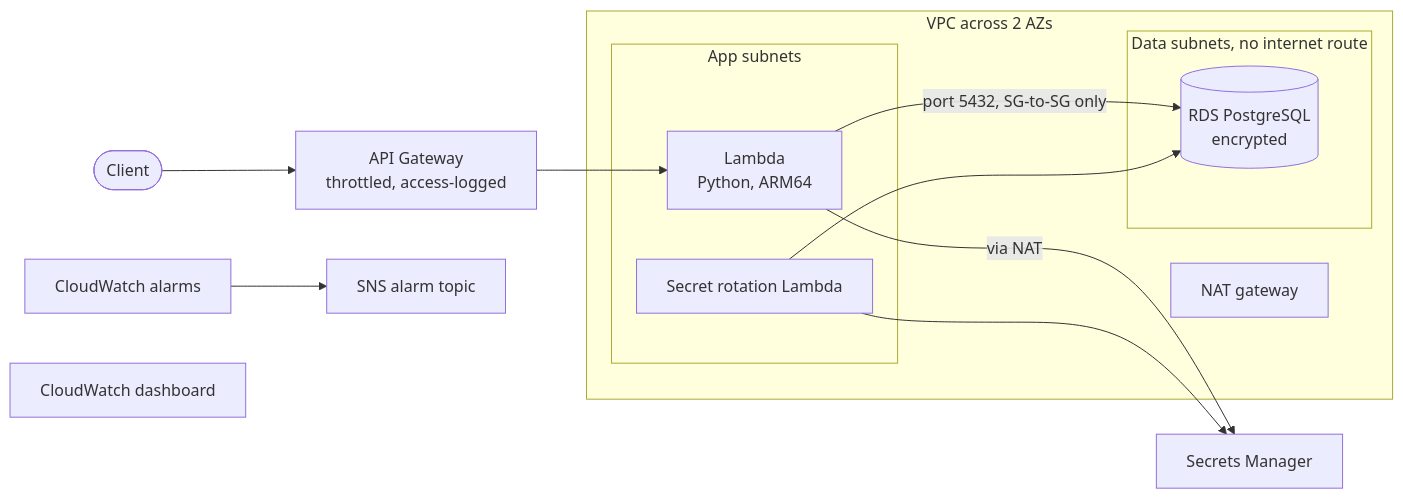
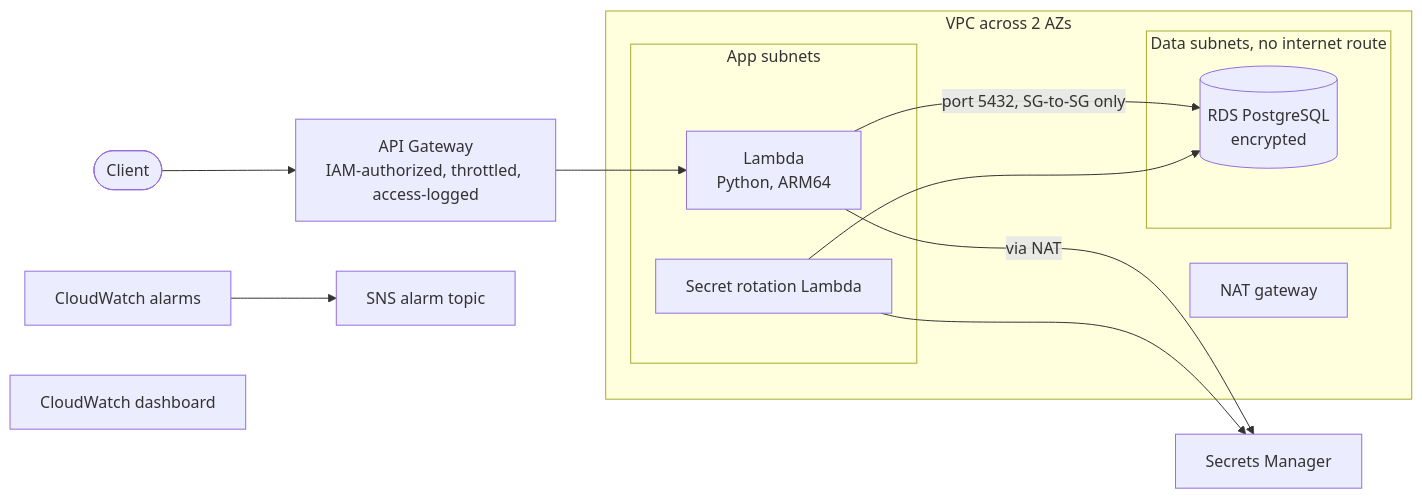
Before and after one commit to oradell-computing/automatic-system: the diagram in README.md, drawn with Mermaid. The commit also changed other lines of this file, not shown here.

````diff
--- a/README.md
+++ b/README.md
@@ -17,21 +17,21 @@
 ```mermaid
 flowchart LR
-    client([Client]) --> api[API Gateway<br/>throttled, access-logged]
+    client([Client]) --> api[API Gateway<br/>IAM-authorized, throttled, access-logged]
     subgraph vpc[VPC across 2 AZs]
         subgraph app[App subnets]
             fn[Lambda<br/>Python, ARM64]
             rot[Secret rotation Lambda]
         end
         subgraph data[Data subnets, no internet route]
             db[(RDS PostgreSQL<br/>encrypted)]
         end
         nat[NAT gateway]
     end
     api --> fn
     fn -->|port 5432, SG-to-SG only| db
     rot --> db
     fn -->|via NAT| sm[Secrets Manager]
     rot --> sm
     alarms[CloudWatch alarms] --> sns[SNS alarm topic]
     dash[CloudWatch dashboard]
 ```
````
